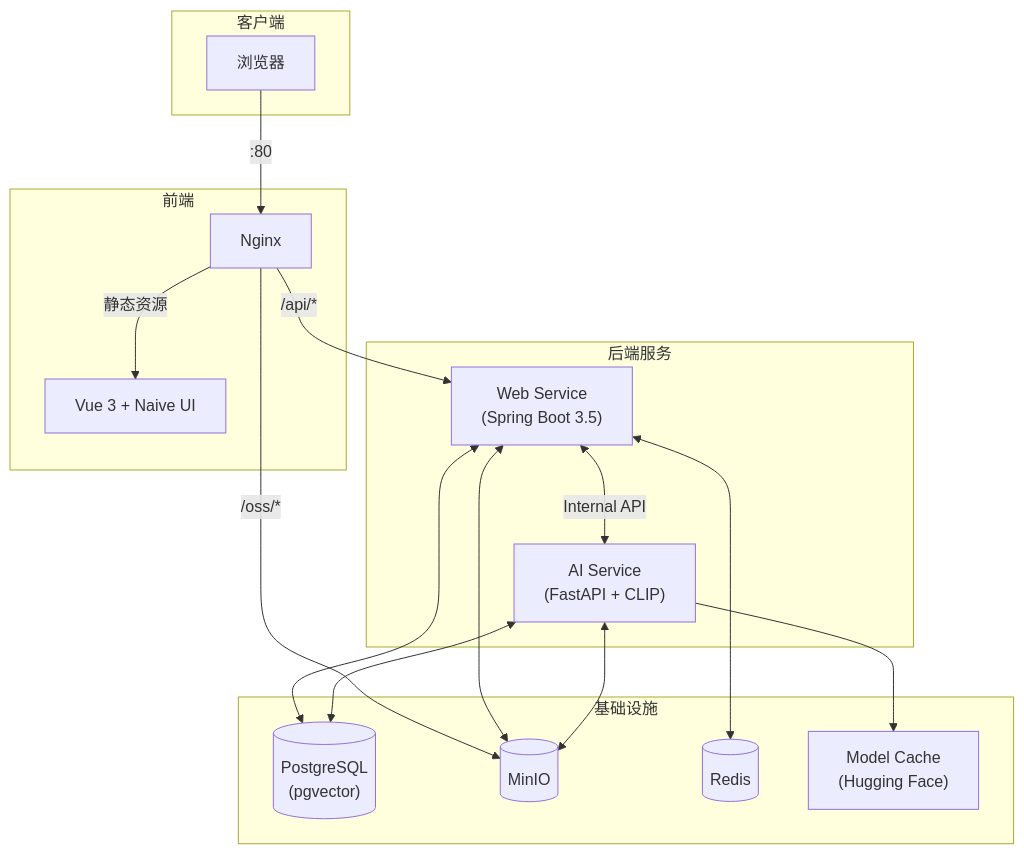
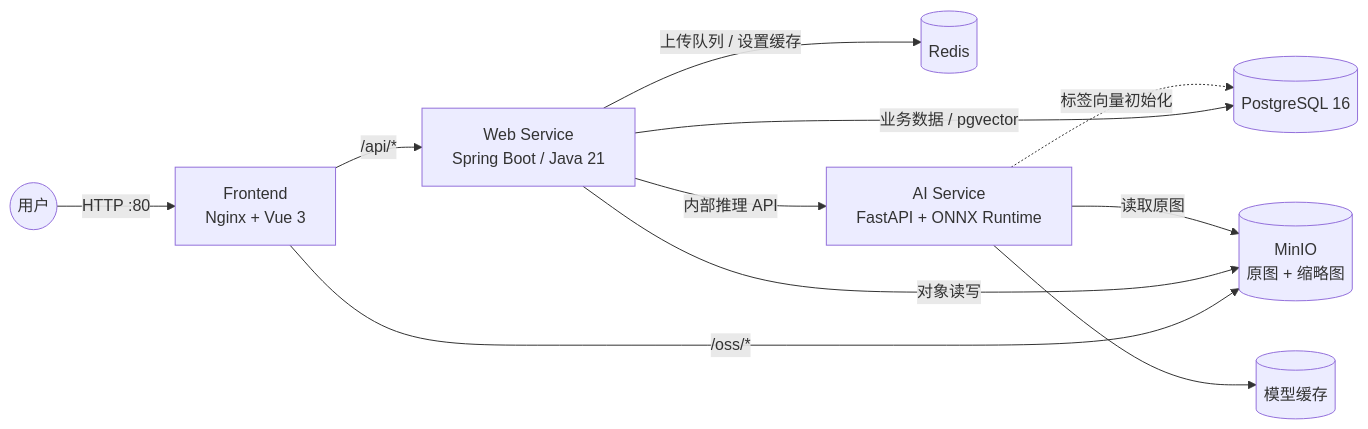
One commit to tamakara/bakabooru changed the diagram in README.md. Above: the diagram before and after it, drawn with Mermaid. The commit also changed other lines of this file and 8 other files, not shown here.

````diff
--- a/README.md
+++ b/README.md
@@ -57,35 +22,14 @@
 ```mermaid
-graph TD
-    subgraph Client ["客户端"]
-        Browser["浏览器"]
-    end
+flowchart LR
+    User(("用户")) -->|"HTTP :80"| Front["Frontend<br/>Nginx + Vue 3"]
+    Front -->|"/api/*"| Web["Web Service<br/>Spring Boot / Java 21"]
+    Front -->|"/oss/*"| MinIO[("MinIO<br/>原图 + 缩略图")]
 
-    subgraph Frontend ["前端"]
-        Nginx["Nginx"]
-        VueApp["Vue 3 + Naive UI"]
-    end
-
-    subgraph Backend ["后端服务"]
-        WebService["Web Service<br/>(Spring Boot 3.5)"]
-        AIService["AI Service<br/>(FastAPI + CLIP)"]
-    end
-
-    subgraph Infrastructure ["基础设施"]
-        Postgres[("PostgreSQL<br/>(pgvector)")]
-        MinIO[("MinIO")]
-        Redis[("Redis")]
-        ModelCache["Model Cache<br/>(Hugging Face)"]
-    end
-
-    Browser -->|" :80 "| Nginx
-    Nginx -->|" 静态资源 "| VueApp
-    Nginx -->|" /api/* "| WebService
-    Nginx -->|" /oss/* "| MinIO
-    WebService <-->|" Internal API "| AIService
-    WebService <--> Postgres
-    WebService <--> MinIO
-    WebService <--> Redis
-    AIService <--> Postgres
-    AIService <--> MinIO
-    AIService --> ModelCache
+    Web -->|"业务数据 / pgvector"| PG[("PostgreSQL 16")]
+    Web -->|"上传队列 / 设置缓存"| Redis[("Redis")]
+    Web -->|"对象读写"| MinIO
+    Web -->|"内部推理 API"| AI["AI Service<br/>FastAPI + ONNX Runtime"]
+    AI -->|"读取原图"| MinIO
+    AI --> Cache[("模型缓存")]
+    AI -.->|"标签向量初始化"| PG
 ```
````
